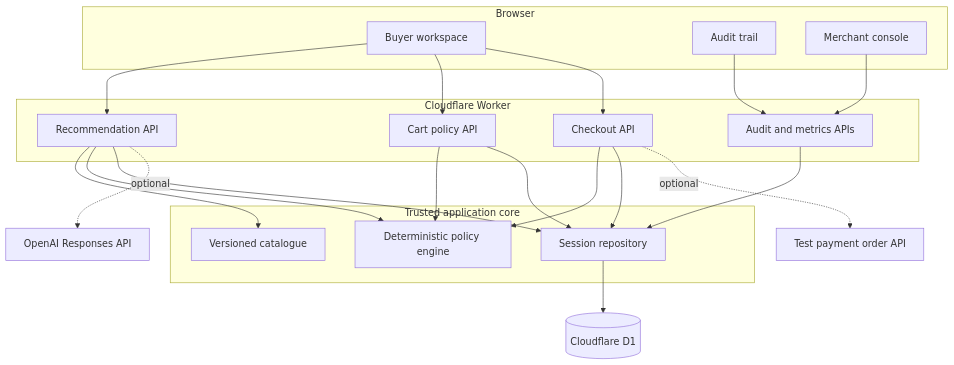
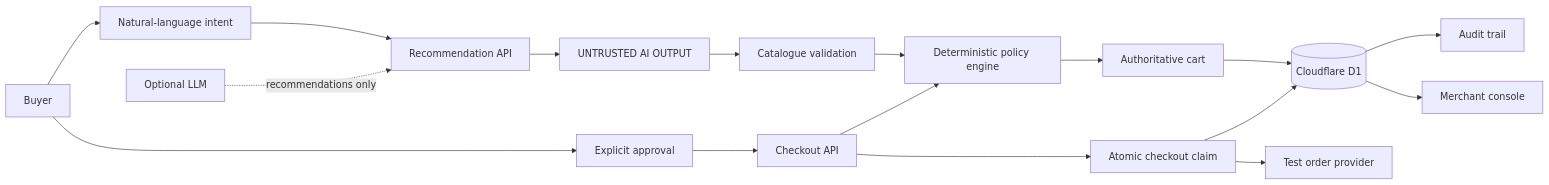
The diagram in README.md (6289subhasree/intent-cart), drawn with Mermaid before and after one commit. The commit also changed other lines of this file, not shown here.

````diff
--- a/README.md
+++ b/README.md
@@ -57,38 +96,24 @@
 ```mermaid
-flowchart TB
-    subgraph Browser["Browser"]
-        Buyer["Buyer workspace"]
-        Audit["Audit trail"]
-        Merchant["Merchant console"]
-    end
+flowchart LR
+    User["Buyer"] --> Intent["Natural-language intent"]
+    Intent --> Agent["Recommendation API"]
 
-    subgraph Worker["Cloudflare Worker"]
-        Agent["Recommendation API"]
-        Cart["Cart policy API"]
-        Checkout["Checkout API"]
-        Read["Audit and metrics APIs"]
-    end
+    Agent --> Boundary["UNTRUSTED AI OUTPUT"]
 
-    subgraph Core["Trusted application core"]
-        Catalogue["Versioned catalogue"]
-        Policy["Deterministic policy engine"]
-        Store["Session repository"]
-    end
+    Boundary --> Validate["Catalogue validation"]
+    Validate --> Policy["Deterministic policy engine"]
+    Policy --> Cart["Authoritative cart"]
+    Cart --> DB[("Cloudflare D1")]
 
-    Buyer --> Agent
-    Buyer --> Cart
-    Buyer --> Checkout
-    Audit --> Read
-    Merchant --> Read
-    Agent --> Catalogue
-    Agent --> Policy
-    Cart --> Policy
+    User --> Approve["Explicit approval"]
+    Approve --> Checkout["Checkout API"]
     Checkout --> Policy
-    Agent --> Store
-    Cart --> Store
-    Checkout --> Store
-    Read --> Store
-    Store --> D1[("Cloudflare D1")]
-    Agent -. optional .-> Model["OpenAI Responses API"]
-    Checkout -. optional .-> Provider["Test payment order API"]
+    Checkout --> Claim["Atomic checkout claim"]
+    Claim --> Provider["Test order provider"]
+    Claim --> DB
+
+    DB --> Audit["Audit trail"]
+    DB --> Merchant["Merchant console"]
+
+    Model["Optional LLM"] -. "recommendations only" .-> Agent
 ```
````
